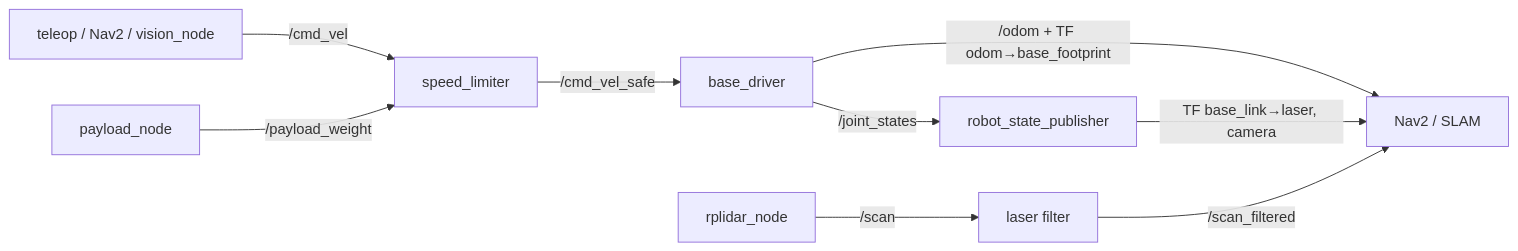
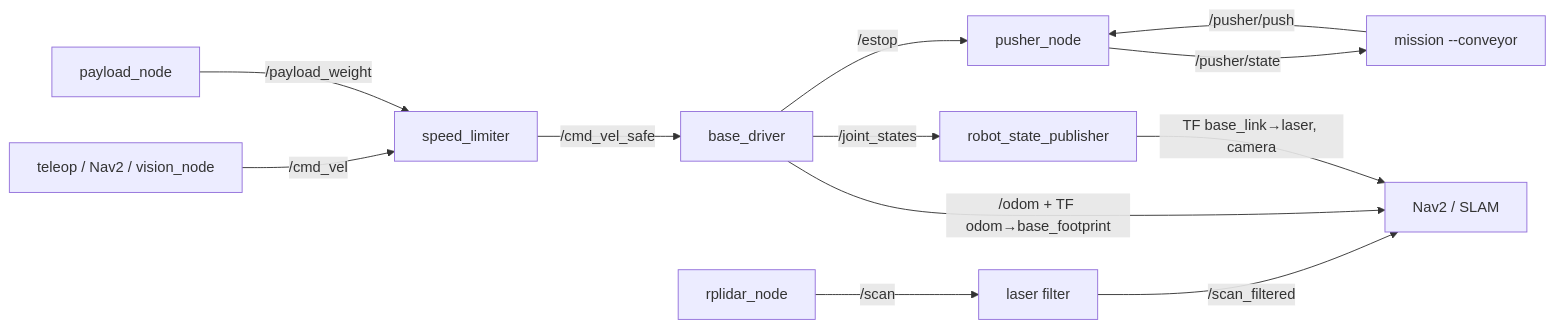
Before and after one commit to ahmedoab/cargo_robot: the third of 3 diagrams in BUILD_GUIDE.md, drawn with Mermaid. The commit also changed other lines of this file and 142 other files, not shown here.

First line of the commit message:
Design v3: rear pusher for unloading onto a conveyor; keep v2 in backup_v2

````diff
--- a/BUILD_GUIDE.md
+++ b/BUILD_GUIDE.md
@@ -971,10 +1114,13 @@
 ```mermaid
 flowchart LR
   TEL[teleop / Nav2 / vision_node] -- /cmd_vel --> LIM[speed_limiter]
   PAY[payload_node] -- /payload_weight --> LIM
   LIM -- /cmd_vel_safe --> BASE[base_driver]
   BASE -- /odom + TF odom→base_footprint --> NAV[Nav2 / SLAM]
   LID[rplidar_node] -- /scan --> FIL[laser filter] -- /scan_filtered --> NAV
   RSP[robot_state_publisher] -- TF base_link→laser, camera --> NAV
   BASE -- /joint_states --> RSP
+  MIS[mission --conveyor] -- /pusher/push --> PUS[pusher_node]
+  PUS -- /pusher/state --> MIS
+  BASE -- /estop --> PUS
 ```
````
